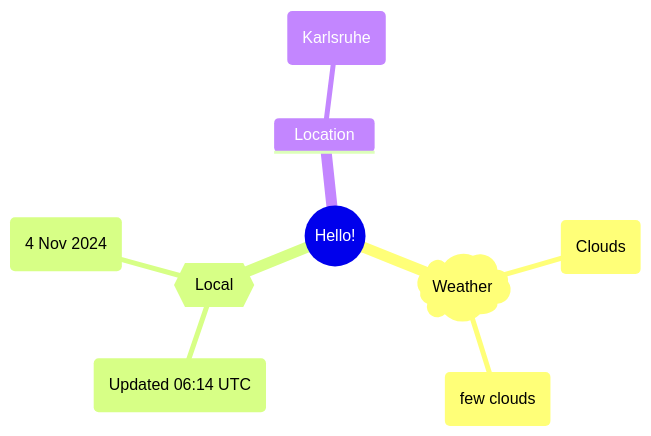
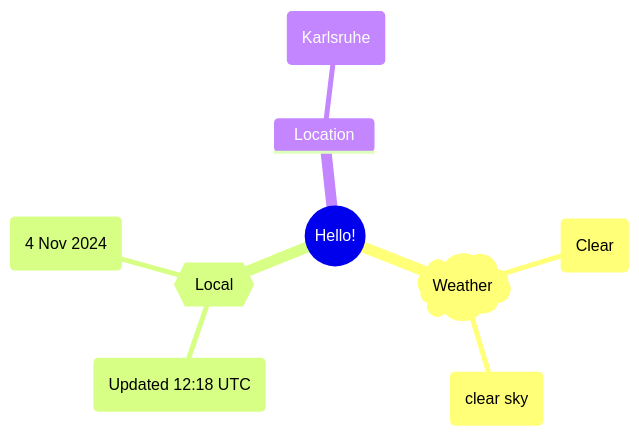
The first of 2 diagrams in README.md (Xosrov/Xosrov), drawn with Mermaid before and after one commit.

Commit message:
[bot] updated images

````diff
--- a/README.md
+++ b/README.md
@@ -3,12 +3,12 @@
 ```mermaid
 mindmap
   root((Hello!))
     )Weather(
-        (Clouds)
-        (few clouds)
+        (Clear)
+        (clear sky)
     {{Local}}
-        (Updated 06:14 UTC)
+        (Updated 12:18 UTC)
         (4 Nov 2024)
     Location
         (Karlsruhe)
 ```
````
